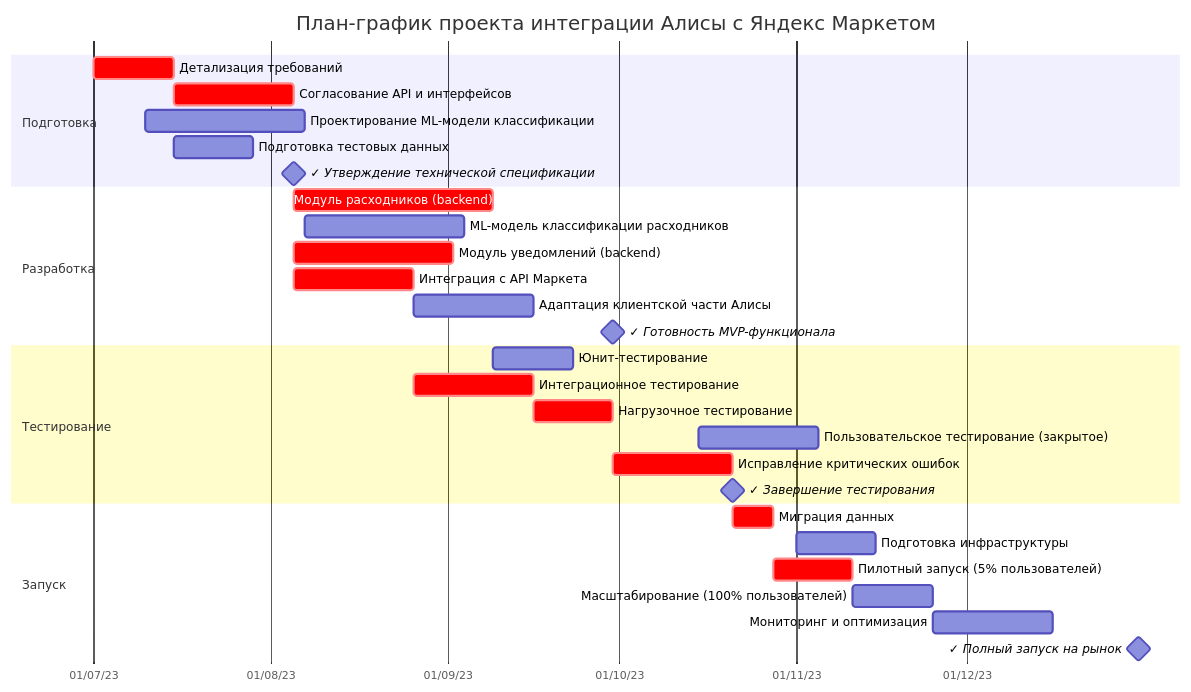
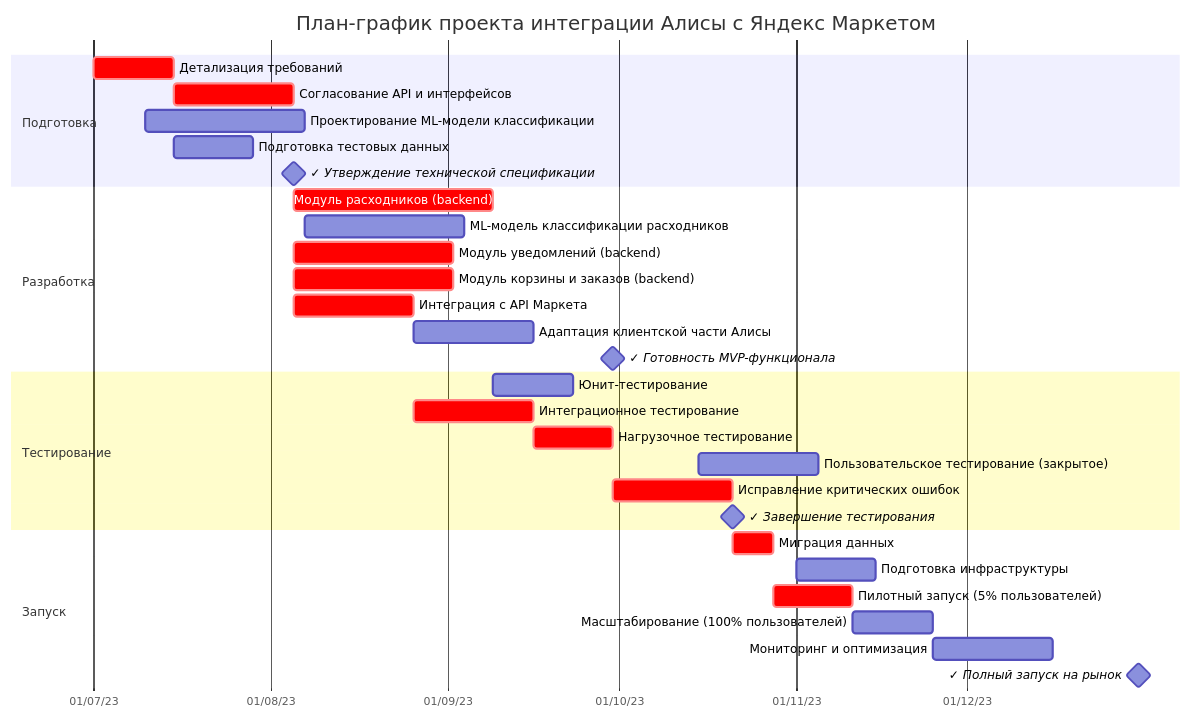
Before and after one commit to aribnail/yandex_manager: the diagram in project_plan.md, drawn with Mermaid. The commit also changed other lines of this file, not shown here.

Commit message:
Добавлен модуль корзины и заказов в план-график проекта

````diff
--- a/project_plan.md
+++ b/project_plan.md
@@ -6,37 +6,38 @@
 ```mermaid
 gantt
     title План-график проекта интеграции Алисы с Яндекс Маркетом
     dateFormat  YYYY-MM-DD
     axisFormat  %d/%m/%y
     
     section Подготовка
     Детализация требований                      :crit, prep1, 2023-07-01, 14d
     Согласование API и интерфейсов              :crit, prep2, after prep1, 21d
     Проектирование ML-модели классификации      :prep3, 2023-07-10, 28d
     Подготовка тестовых данных                  :prep4, 2023-07-15, 14d
     ✓ Утверждение технической спецификации      :milestone, after prep2, 0d
     
     section Разработка
     Модуль расходников (backend)                :crit, dev1, after prep2, 35d
     ML-модель классификации расходников         :dev2, after prep3, 28d
     Модуль уведомлений (backend)                :crit, dev3, after prep2, 28d
-    Интеграция с API Маркета                    :crit, dev4, after prep2, 21d
-    Адаптация клиентской части Алисы            :dev5, after dev4, 21d
+    Модуль корзины и заказов (backend)          :crit, dev4, after prep2, 28d
+    Интеграция с API Маркета                    :crit, dev5, after prep2, 21d
+    Адаптация клиентской части Алисы            :dev6, after dev5, 21d
     ✓ Готовность MVP-функционала                :milestone, 2023-09-30, 0d
     
     section Тестирование
     Юнит-тестирование                           :test1, after dev1, 14d
-    Интеграционное тестирование                 :crit, test2, after dev4, 21d
+    Интеграционное тестирование                 :crit, test2, after dev5, 21d
     Нагрузочное тестирование                    :crit, test3, after test2, 14d
     Пользовательское тестирование (закрытое)    :test4, 2023-10-15, 21d
     Исправление критических ошибок              :crit, test5, after test3, 21d
     ✓ Завершение тестирования                   :milestone, after test5, 0d
     
     section Запуск
     Миграция данных                             :crit, deploy1, after test5, 7d
     Подготовка инфраструктуры                   :deploy2, 2023-11-01, 14d
     Пилотный запуск (5% пользователей)          :crit, deploy3, after deploy1, 14d
     Масштабирование (100% пользователей)        :deploy4, after deploy3, 14d
     Мониторинг и оптимизация                    :deploy5, after deploy4, 21d
     ✓ Полный запуск на рынок                    :milestone, 2023-12-31, 0d
 ```
````
